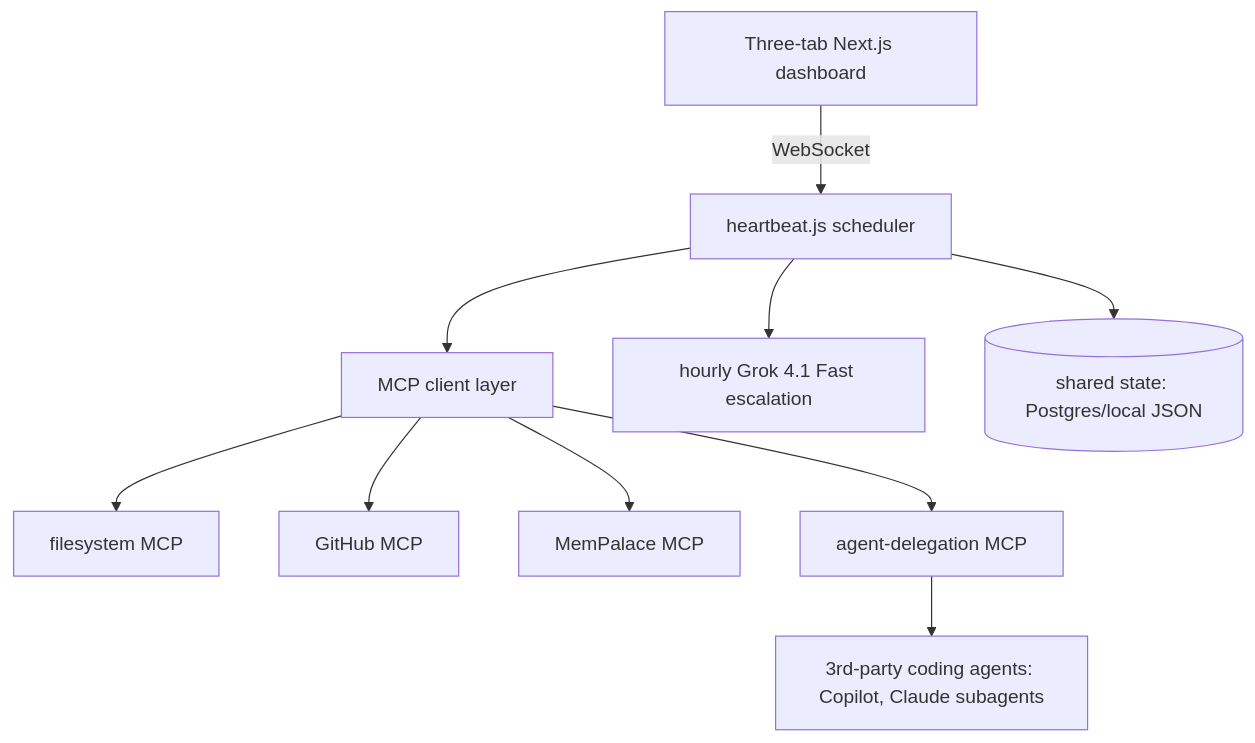
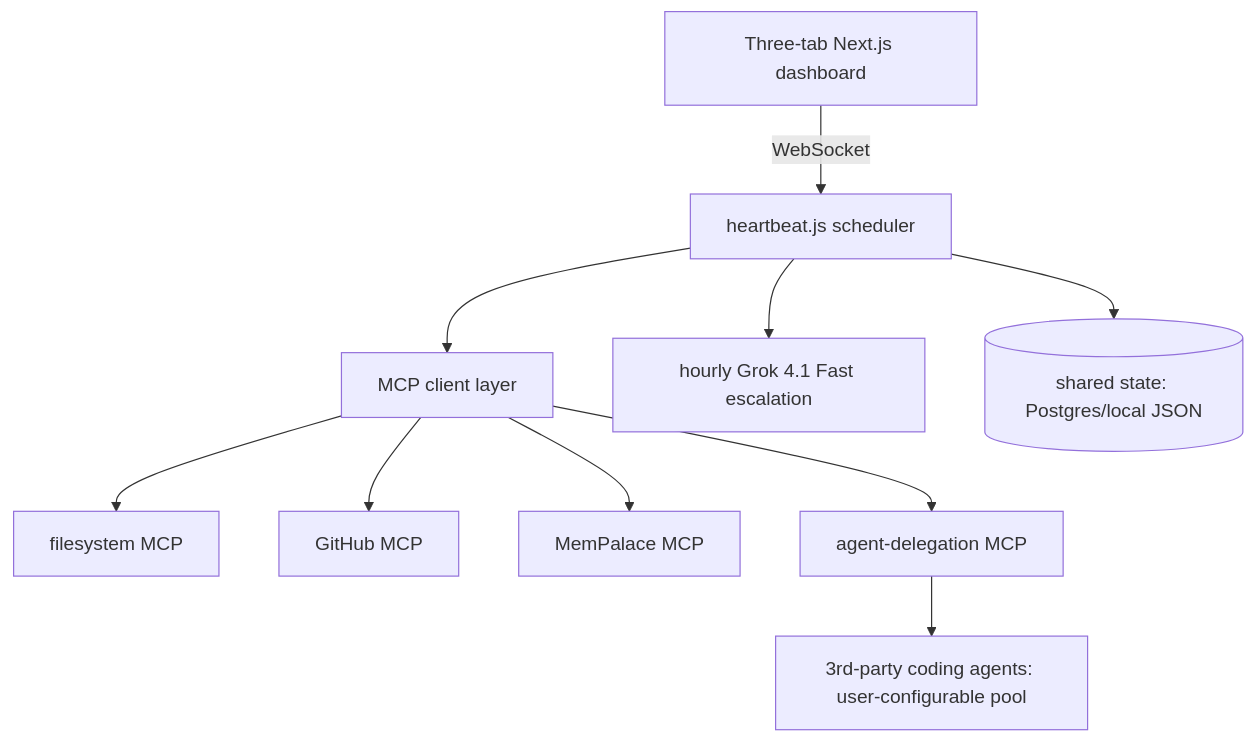
The diagram in architecture.md (xXKillerNoobYT/Programming-lead-AI-System-), drawn with Mermaid before and after one commit. The commit also changed other lines of this file and 5 other files, not shown here.

````diff
--- a/architecture.md
+++ b/architecture.md
@@ -64,12 +64,12 @@
 ```mermaid
 graph TD
     UI[Three-tab Next.js dashboard] -->|WebSocket| HB[heartbeat.js scheduler]
     HB --> MCP[MCP client layer]
     MCP --> FS[filesystem MCP]
     MCP --> GH[GitHub MCP]
     MCP --> MEM[MemPalace MCP]
     MCP --> DEL[agent-delegation MCP]
-    DEL --> Agents[3rd-party coding agents: Copilot, Claude subagents]
+    DEL --> Agents[3rd-party coding agents: user-configurable pool]
     HB --> Grok[hourly Grok 4.1 Fast escalation]
     HB --> State[(shared state: Postgres/local JSON)]
 ```
````
